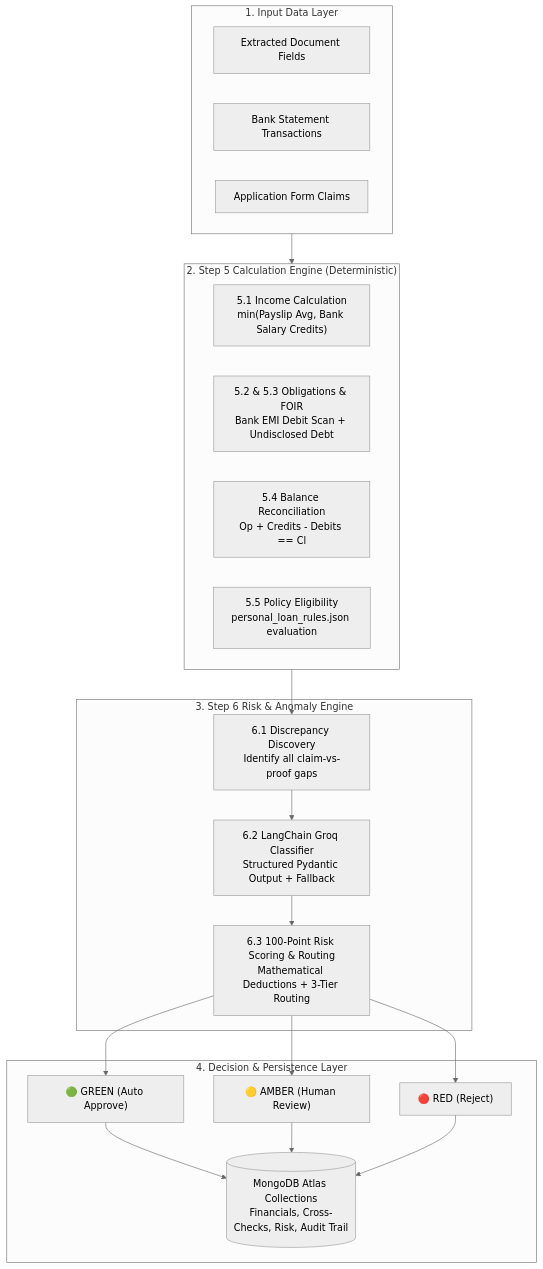
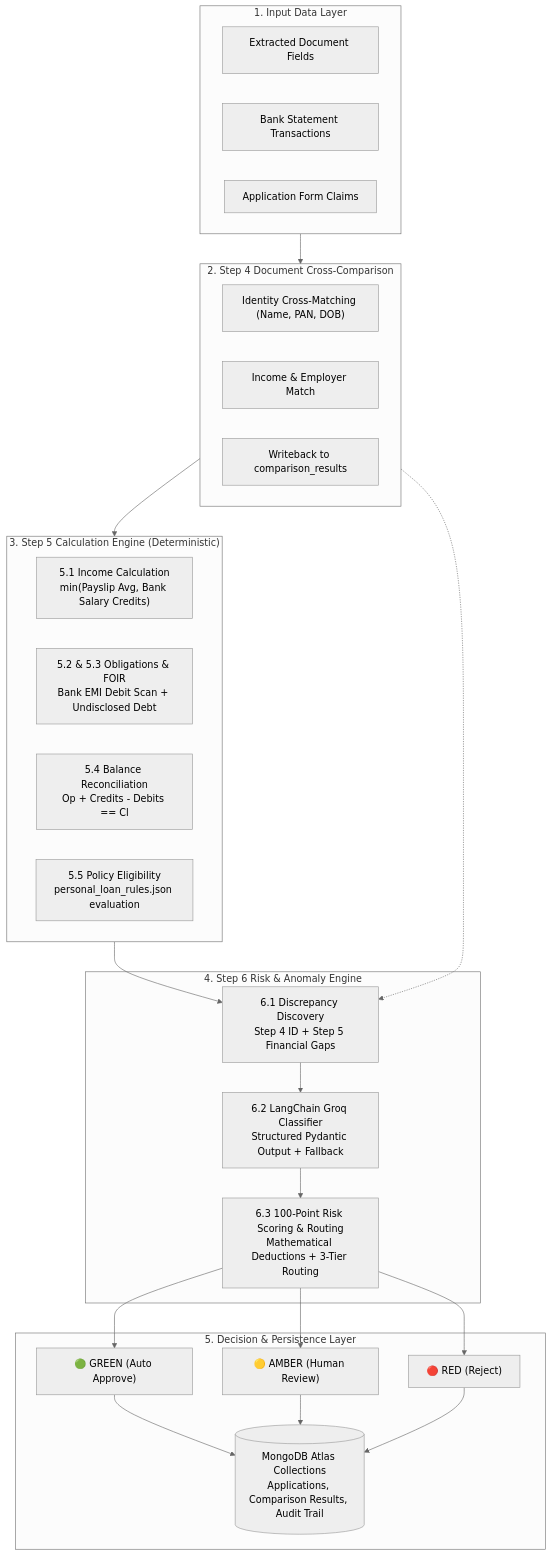
Before and after one commit to Vedant04-tech/Loan-Processing-with-GenAI: the diagram in GUIDE_AND_HANDOVER.md, drawn with Mermaid (neutral theme). The commit also changed other lines of this file and 37 other files, not shown here.

Commit message:
feat: implement document comparison engine with extraction, normalization, and policy analysis modules

````diff
--- a/GUIDE_AND_HANDOVER.md
+++ b/GUIDE_AND_HANDOVER.md
@@ -34,35 +38,43 @@
 ```mermaid
 flowchart TD
     subgraph INGESTION["1. Input Data Layer"]
         A1[Extracted Document Fields]
         A2[Bank Statement Transactions]
         A3[Application Form Claims]
     end
 
-    subgraph STEP5["2. Step 5 Calculation Engine (Deterministic)"]
+    subgraph STEP4["2. Step 4 Document Cross-Comparison"]
+        S4_1["Identity Cross-Matching (Name, PAN, DOB)"]
+        S4_2["Income & Employer Match"]
+        S4_3["Writeback to comparison_results"]
+    end
+
+    subgraph STEP5["3. Step 5 Calculation Engine (Deterministic)"]
         B1["5.1 Income Calculation<br/>min(Payslip Avg, Bank Salary Credits)"]
         B2["5.2 & 5.3 Obligations & FOIR<br/>Bank EMI Debit Scan + Undisclosed Debt"]
         B3["5.4 Balance Reconciliation<br/>Op + Credits - Debits == Cl"]
         B4["5.5 Policy Eligibility<br/>personal_loan_rules.json evaluation"]
     end
 
-    subgraph STEP6["3. Step 6 Risk & Anomaly Engine"]
-        C1["6.1 Discrepancy Discovery<br/>Identify all claim-vs-proof gaps"]
+    subgraph STEP6["4. Step 6 Risk & Anomaly Engine"]
+        C1["6.1 Discrepancy Discovery<br/>Step 4 ID + Step 5 Financial Gaps"]
         C2["6.2 LangChain Groq Classifier<br/>Structured Pydantic Output + Fallback"]
         C3["6.3 100-Point Risk Scoring & Routing<br/>Mathematical Deductions + 3-Tier Routing"]
     end
 
-    subgraph DECISION["4. Decision & Persistence Layer"]
+    subgraph DECISION["5. Decision & Persistence Layer"]
         D1["🟢 GREEN (Auto Approve)"]
         D2["🟡 AMBER (Human Review)"]
         D3["🔴 RED (Reject)"]
-        D4[("MongoDB Atlas Collections<br/>Financials, Cross-Checks, Risk, Audit Trail")]
+        D4[("MongoDB Atlas Collections<br/>Applications, Comparison Results, Audit Trail")]
     end
 
-    INGESTION --> STEP5
+    INGESTION --> STEP4
+    STEP4 --> STEP5
     STEP5 --> C1
+    STEP4 -.-> C1
     C1 --> C2
     C2 --> C3
     C3 --> D1 & D2 & D3
     D1 & D2 & D3 --> D4
 ```
````
